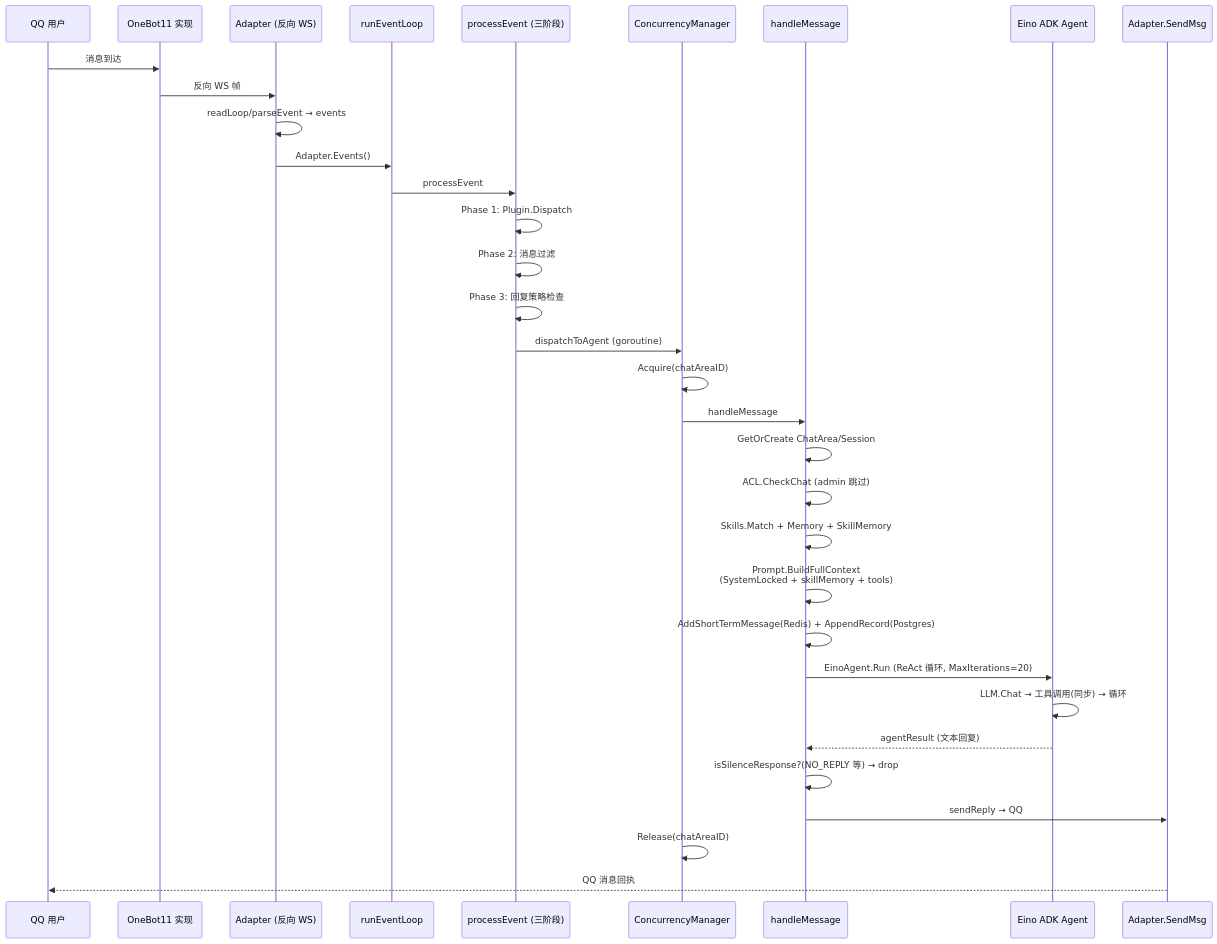
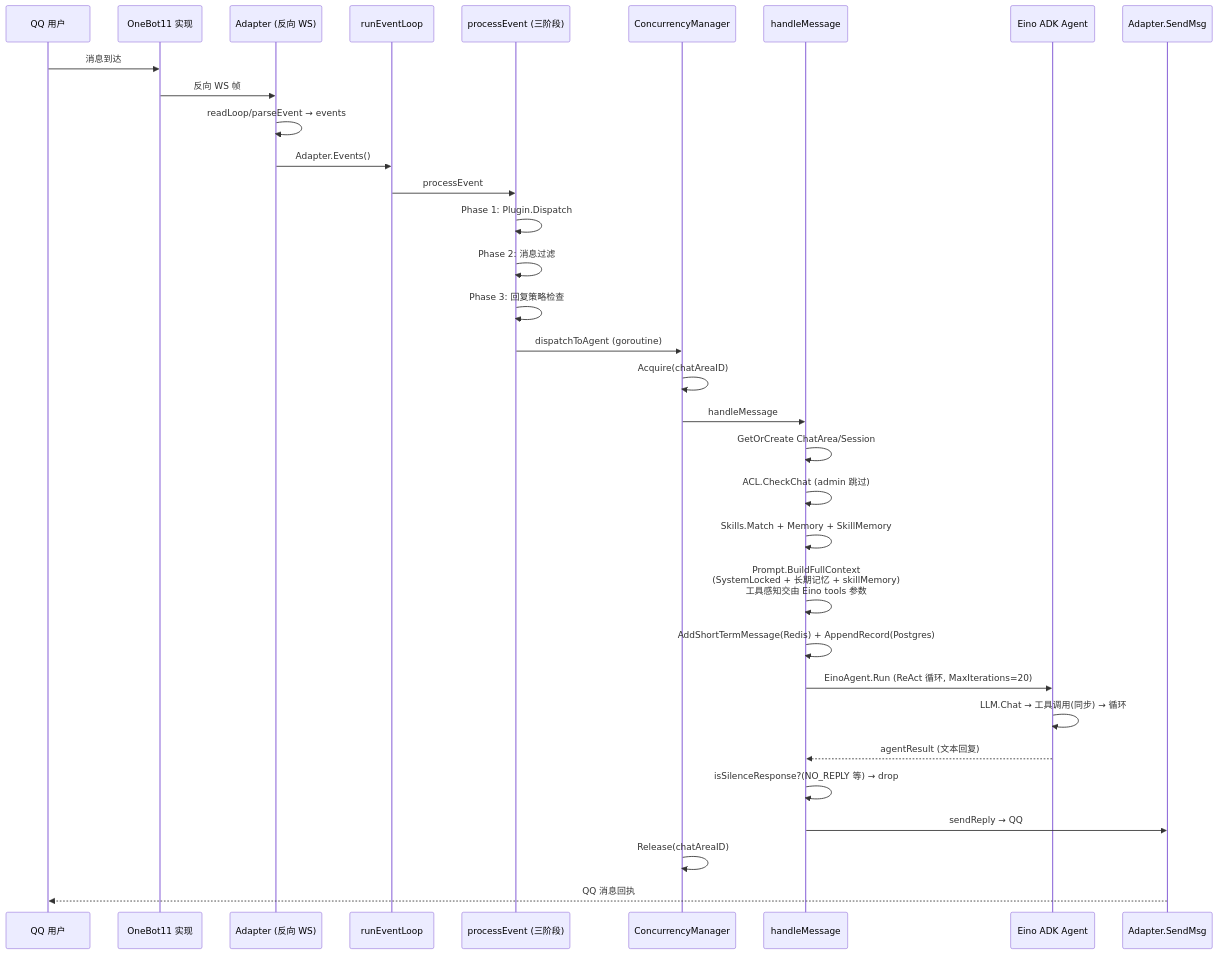
One commit to JuanNiangDev/JuanNiang-Neo changed the eighth of 14 diagrams in docs/project-details.md. Above: the diagram before and after it, drawn with Mermaid. The commit also changed other lines of this file and 5 other files, not shown here.

First line of the commit message:
refactor(agent): 系统提示词移除工具描述, 工具感知交由 Eino tools 参数

````diff
--- a/docs/project-details.md
+++ b/docs/project-details.md
@@ -514,36 +514,36 @@
 ```mermaid
 sequenceDiagram
   participant U as QQ 用户
   participant OB as OneBot11 实现
   participant AD as Adapter (反向 WS)
   participant EL as runEventLoop
   participant PE as processEvent (三阶段)
   participant CM as ConcurrencyManager
   participant HM as handleMessage
   participant EA as Eino ADK Agent
   participant QQ as Adapter.SendMsg
 
   U->>OB: 消息到达
   OB->>AD: 反向 WS 帧
   AD->>AD: readLoop/parseEvent → events
   AD->>EL: Adapter.Events()
   EL->>PE: processEvent
   PE->>PE: Phase 1: Plugin.Dispatch
   PE->>PE: Phase 2: 消息过滤
   PE->>PE: Phase 3: 回复策略检查
   PE->>CM: dispatchToAgent (goroutine)
   CM->>CM: Acquire(chatAreaID)
   CM->>HM: handleMessage
   HM->>HM: GetOrCreate ChatArea/Session
   HM->>HM: ACL.CheckChat (admin 跳过)
   HM->>HM: Skills.Match + Memory + SkillMemory
-  HM->>HM: Prompt.BuildFullContext<br/>(SystemLocked + skillMemory + tools)
+  HM->>HM: Prompt.BuildFullContext<br/>(SystemLocked + 长期记忆 + skillMemory)<br/>工具感知交由 Eino tools 参数
   HM->>HM: AddShortTermMessage(Redis) + AppendRecord(Postgres)
   HM->>EA: EinoAgent.Run (ReAct 循环, MaxIterations=20)
   EA->>EA: LLM.Chat → 工具调用(同步) → 循环
   EA-->>HM: agentResult (文本回复)
   HM->>HM: isSilenceResponse?(NO_REPLY 等) → drop
   HM->>QQ: sendReply → QQ
   CM->>CM: Release(chatAreaID)
   QQ-->>U: QQ 消息回执
 ```
````
